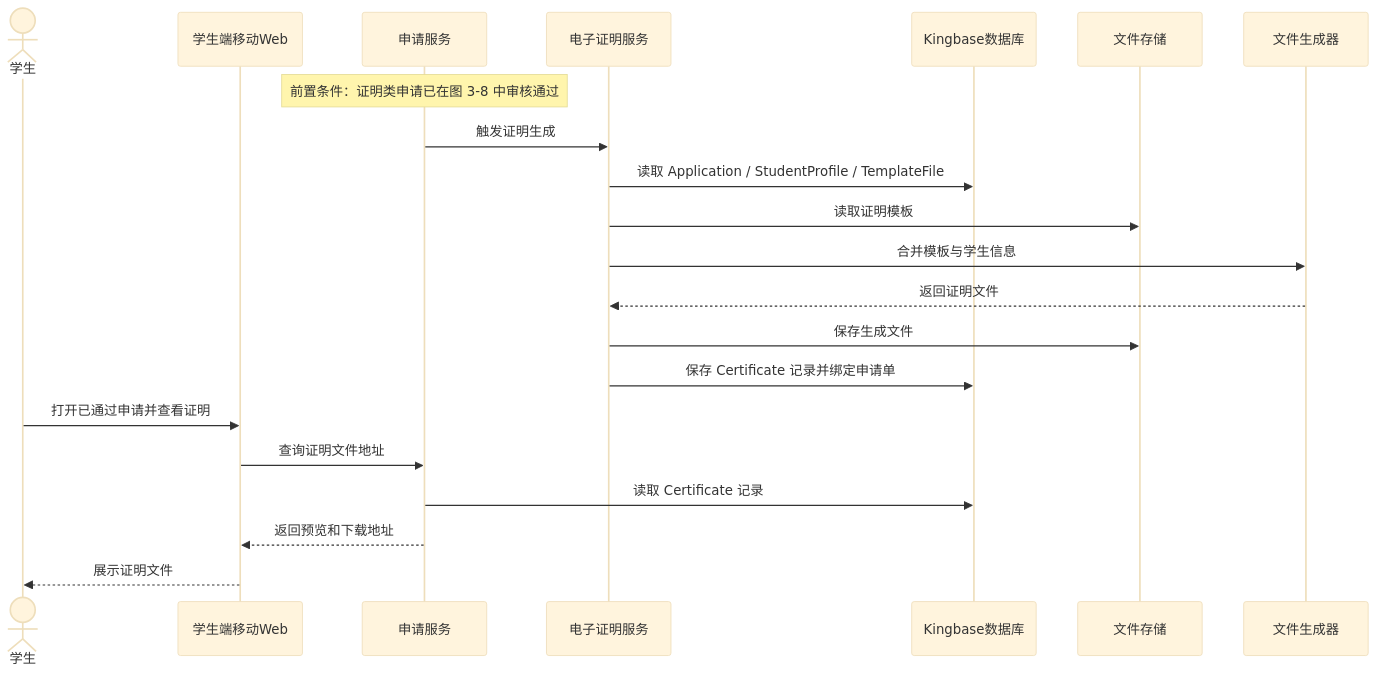
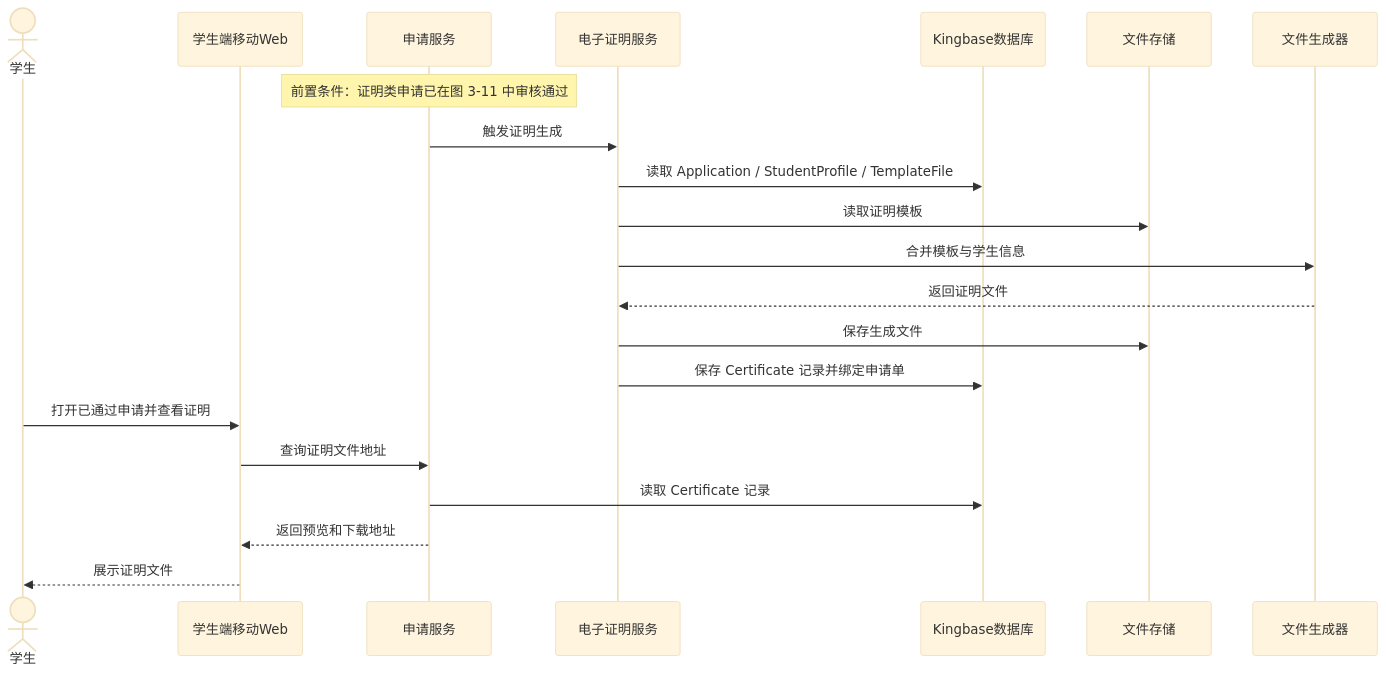
One commit to gabriellaXL/Software-engineer-team changed the seventh of 15 diagrams in 软件设计文档.md. Above: the diagram before and after it, drawn with Mermaid (base theme). The commit also changed other lines of this file, not shown here.

Commit message:
合并设计文档图表内容

````diff
--- a/软件设计文档.md
+++ b/软件设计文档.md
@@ -452,24 +470,24 @@
 ```mermaid
 sequenceDiagram
     actor Student as 学生
     participant MobileWeb as 学生端移动Web
     participant AppService as 申请服务
     participant CertService as 电子证明服务
     participant DB as Kingbase数据库
     participant FileRepo as 文件存储
     participant Generator as 文件生成器
 
-    Note over AppService: 前置条件：证明类申请已在图 3-8 中审核通过
+    Note over AppService: 前置条件：证明类申请已在图 3-11 中审核通过
     AppService->>CertService: 触发证明生成
     CertService->>DB: 读取 Application / StudentProfile / TemplateFile
     CertService->>FileRepo: 读取证明模板
     CertService->>Generator: 合并模板与学生信息
     Generator-->>CertService: 返回证明文件
     CertService->>FileRepo: 保存生成文件
     CertService->>DB: 保存 Certificate 记录并绑定申请单
     Student->>MobileWeb: 打开已通过申请并查看证明
     MobileWeb->>AppService: 查询证明文件地址
     AppService->>DB: 读取 Certificate 记录
     AppService-->>MobileWeb: 返回预览和下载地址
     MobileWeb-->>Student: 展示证明文件
 ```
````
